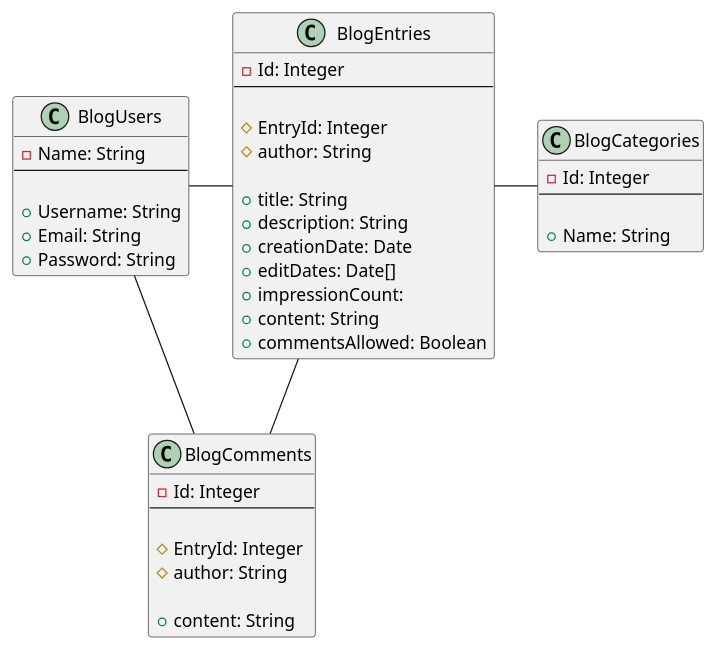
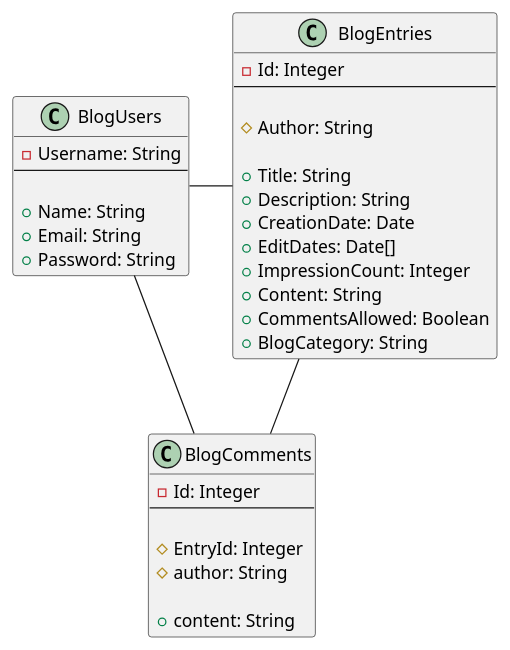
The diagram in uml.puml (wfee2000/travel-blog), drawn with PlantUML before and after one commit. The commit also changed 1 other file, not shown here.

Commit message:
imporoved uml and added content file to demonstrate how it will be

```diff
--- a/uml.puml
+++ b/uml.puml
@@ -1,50 +1,43 @@
 @startuml
 
 class BlogEntries {
 - Id: Integer
 --
 
-# EntryId: Integer
-# author: String
+# Author: String
 
-+ title: String
-+ description: String
-+ creationDate: Date
-+ editDates: Date[]
-+ impressionCount:
-+ content: String
-+ commentsAllowed: Boolean
++ Title: String
++ Description: String
++ CreationDate: Date
++ EditDates: Date[]
++ ImpressionCount: Integer
++ Content: String
++ CommentsAllowed: Boolean
++ BlogCategory: String
 }
 
 class BlogUsers {
-- Name: String
+- Username: String
 --
 
-+ Username: String
++ Name: String
 + Email: String
 + Password: String
 }
 
 class BlogComments {
 - Id: Integer
 --
 
 # EntryId: Integer
 # author: String
 
 + content: String
 }
 
-class BlogCategories {
-- Id: Integer
---
-
-+ Name: String
-}
 
 BlogUsers -right- BlogEntries
-BlogCategories -left- BlogEntries
 BlogComments -up- BlogEntries
 
 BlogUsers -- BlogComments
 @enduml
```
